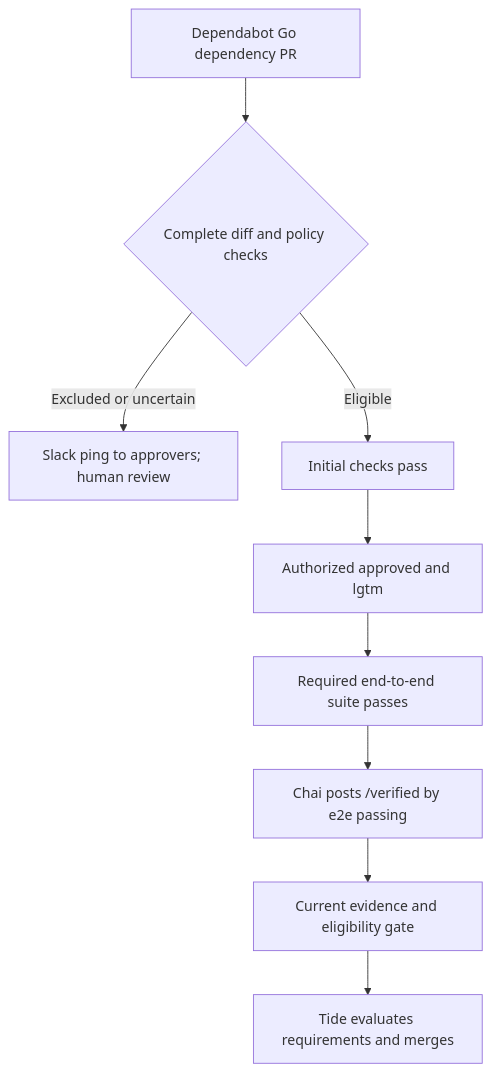
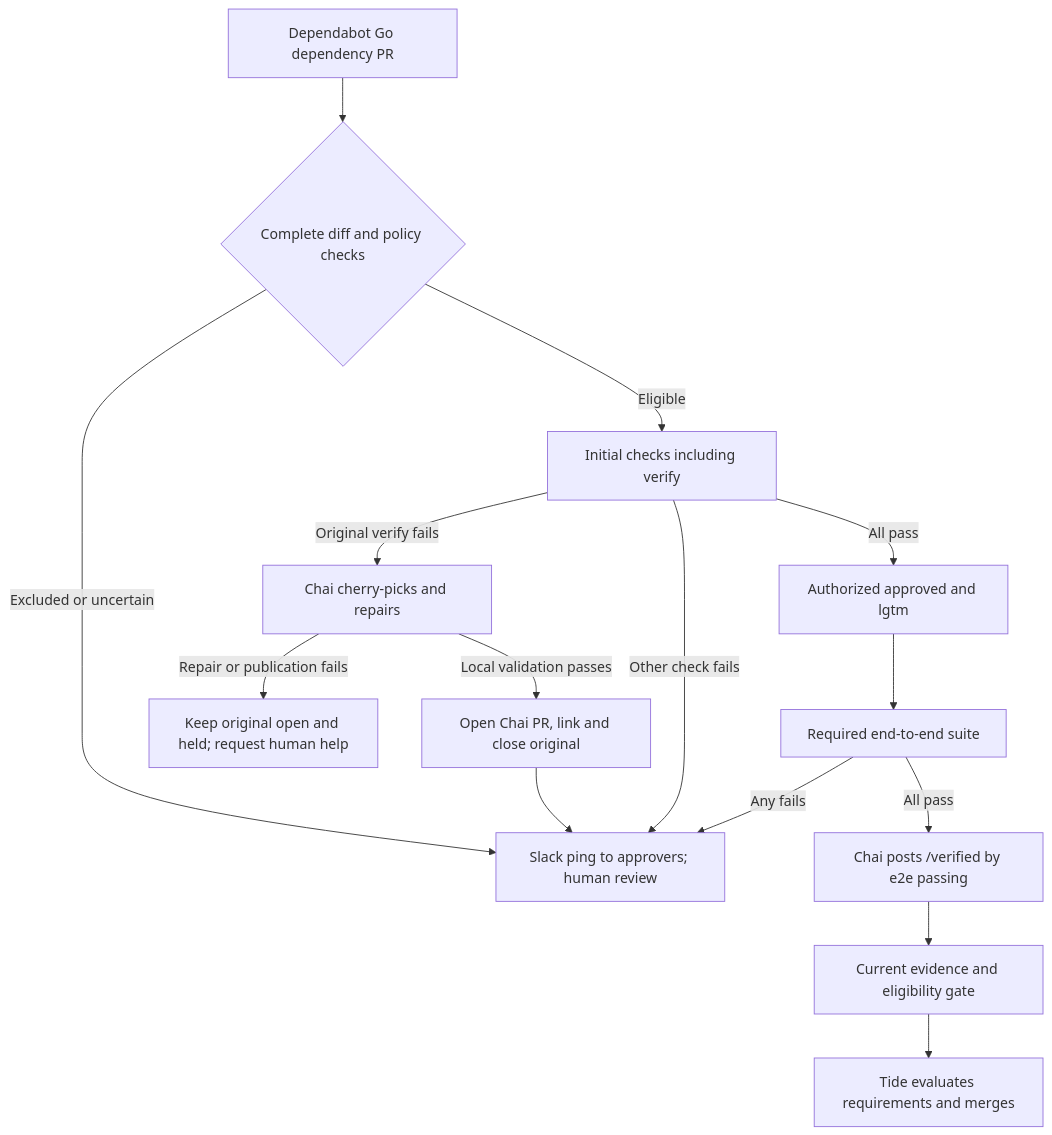
Before and after one commit to openshift/enhancements: the diagram in enhancements/hypershift/automated-dependabot-pr-management.md, drawn with Mermaid. The commit also changed other lines of this file, not shown here.

First line of the commit message:
docs(hypershift): define replacement flow for failed verify checks

````diff
--- a/enhancements/hypershift/automated-dependabot-pr-management.md
+++ b/enhancements/hypershift/automated-dependabot-pr-management.md
@@ -101,11 +101,17 @@
 ```mermaid
 flowchart TD
     PR[Dependabot Go dependency PR] --> C{Complete diff and policy checks}
     C -->|Excluded or uncertain| H[Slack ping to approvers; human review]
-    C -->|Eligible| I[Initial checks pass]
-    I --> A[Authorized approved and lgtm]
-    A --> E[Required end-to-end suite passes]
-    E --> V["Chai posts /verified by e2e passing"]
+    C -->|Eligible| I[Initial checks including verify]
+    I -->|All pass| A[Authorized approved and lgtm]
+    I -->|Original verify fails| R[Chai cherry-picks and repairs]
+    R -->|Local validation passes| P["Open Chai PR, link and close original"]
+    P --> H
+    R -->|Repair or publication fails| F["Keep original open and held; request human help"]
+    I -->|Other check fails| H
+    A --> E[Required end-to-end suite]
+    E -->|All pass| V["Chai posts /verified by e2e passing"]
+    E -->|Any fails| H
     V --> G[Current evidence and eligibility gate]
     G --> T[Tide evaluates requirements and merges]
 ```
````
